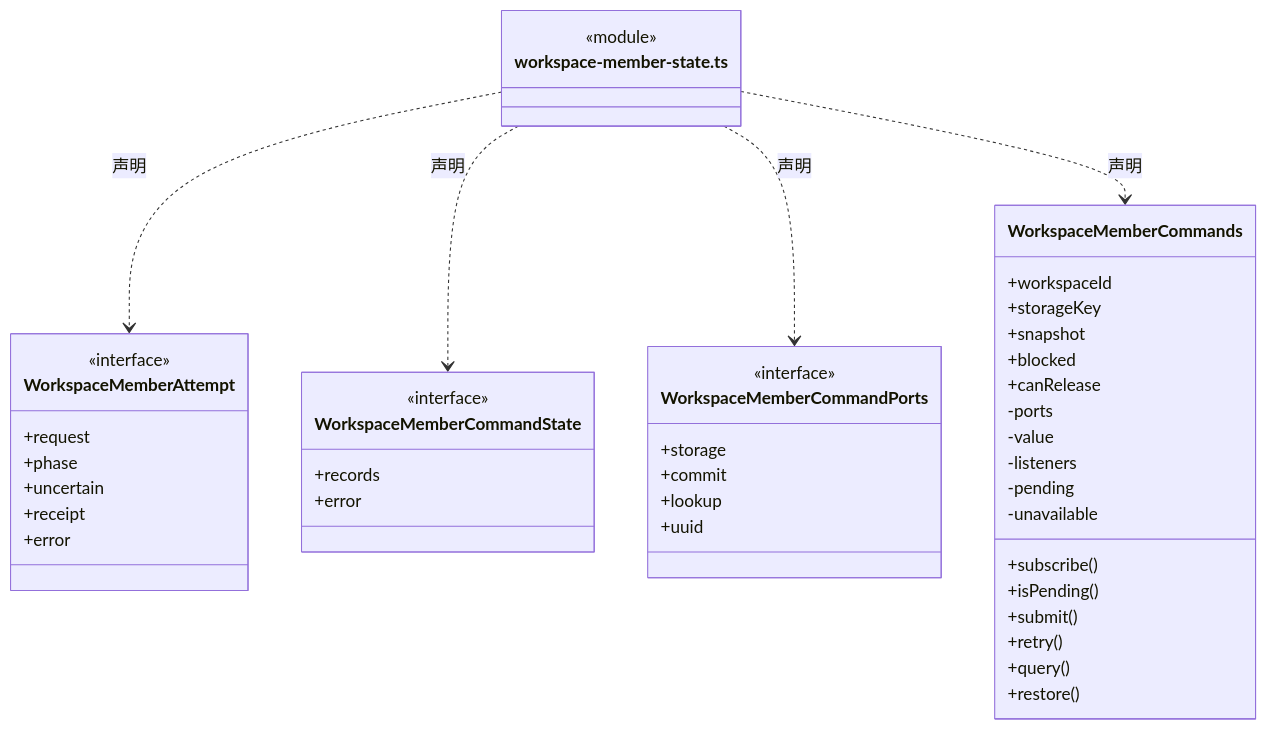
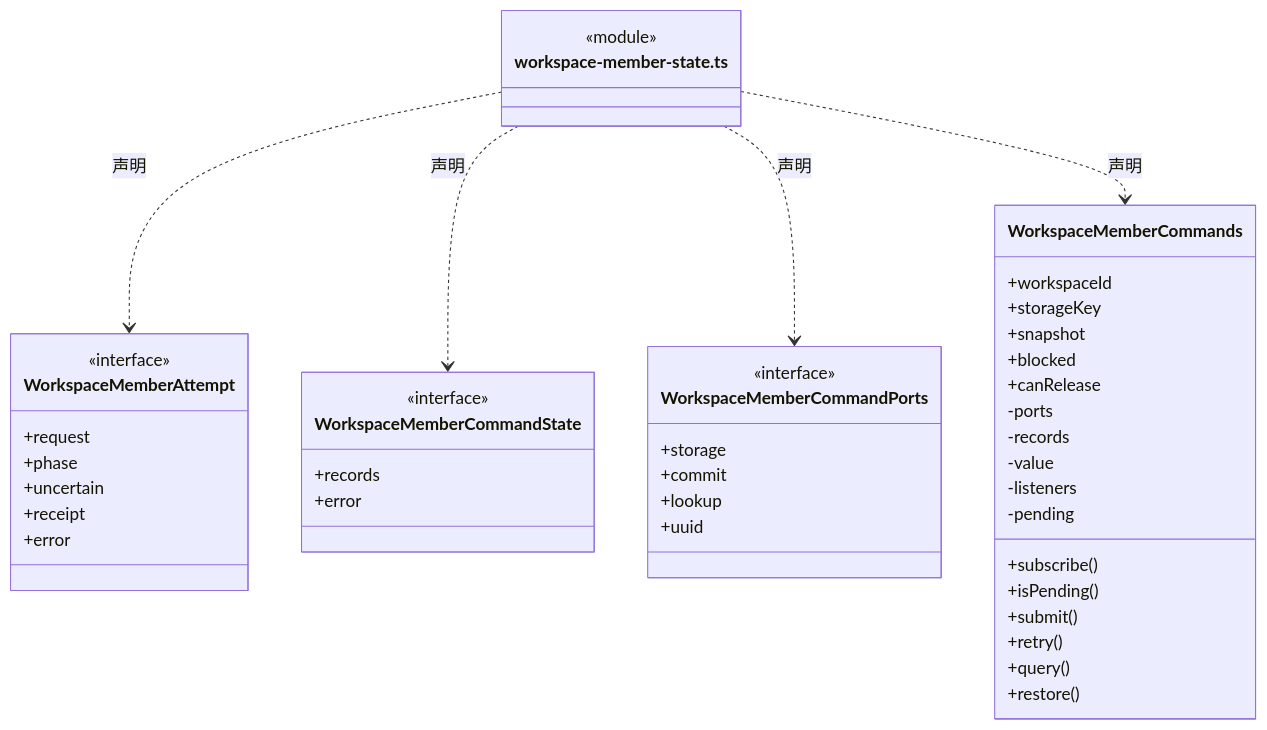
Before and after one commit to nan023062/cbim: diagram 16 of 28 in src/frontend/team/ARCHITECTURE.md, drawn with Mermaid. The commit also changed other lines of this file and 21 other files, not shown here.

````diff
--- a/src/frontend/team/ARCHITECTURE.md
+++ b/src/frontend/team/ARCHITECTURE.md
@@ -264,48 +264,48 @@
 ```mermaid
 classDiagram
 class N_src_frontend_team_workspace_member_state_ts["workspace-member-state.ts"] {
   <<module>>
 }
 class N_src_frontend_team_workspace_member_state_ts_WorkspaceMemberAttempt["WorkspaceMemberAttempt"] {
   <<interface>>
   +request
   +phase
   +uncertain
   +receipt
   +error
 }
 N_src_frontend_team_workspace_member_state_ts ..> N_src_frontend_team_workspace_member_state_ts_WorkspaceMemberAttempt : 声明
 class N_src_frontend_team_workspace_member_state_ts_WorkspaceMemberCommandState["WorkspaceMemberCommandState"] {
   <<interface>>
   +records
   +error
 }
 N_src_frontend_team_workspace_member_state_ts ..> N_src_frontend_team_workspace_member_state_ts_WorkspaceMemberCommandState : 声明
 class N_src_frontend_team_workspace_member_state_ts_WorkspaceMemberCommandPorts["WorkspaceMemberCommandPorts"] {
   <<interface>>
   +storage
   +commit
   +lookup
   +uuid
 }
 N_src_frontend_team_workspace_member_state_ts ..> N_src_frontend_team_workspace_member_state_ts_WorkspaceMemberCommandPorts : 声明
 class N_src_frontend_team_workspace_member_state_ts_WorkspaceMemberCommands["WorkspaceMemberCommands"] {
   +workspaceId
   +storageKey
   +snapshot
   +blocked
   +canRelease
   +subscribe()
   +isPending()
   +submit()
   +retry()
   +query()
   +restore()
   -ports
+  -records
   -value
   -listeners
   -pending
-  -unavailable
 }
 N_src_frontend_team_workspace_member_state_ts ..> N_src_frontend_team_workspace_member_state_ts_WorkspaceMemberCommands : 声明
 ```
````
